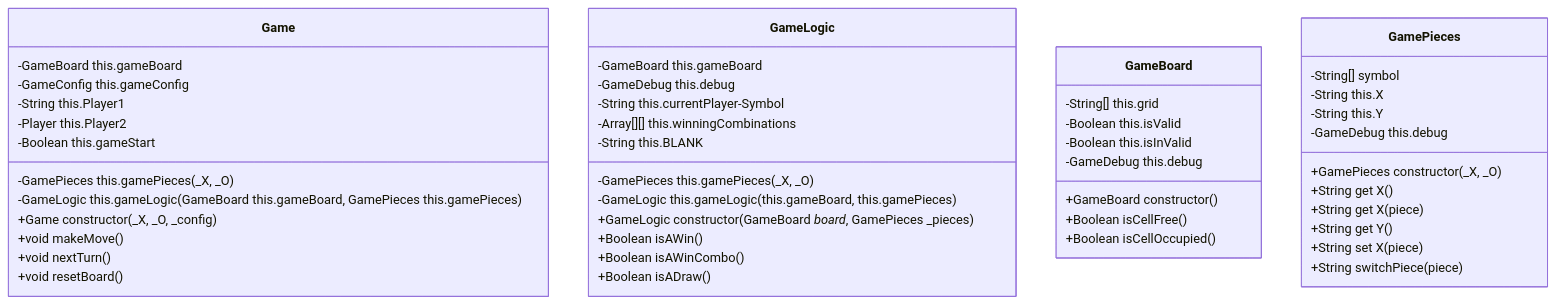
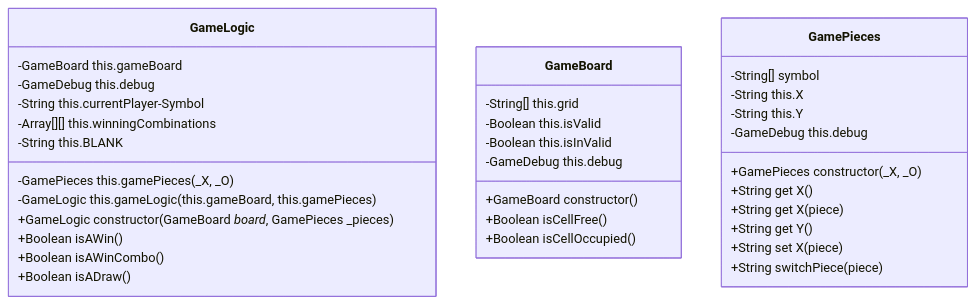
One commit to Code-Institute-Submissions/terni-lapilli--toe changed the sixth of 7 diagrams in README.md. Above: the diagram before and after it, drawn with Mermaid. The commit also changed other lines of this file and 1 other file, not shown here.

````diff
--- a/README.md
+++ b/README.md
@@ -319,50 +371,37 @@
 ```mermaid
 classDiagram
-    class Game {
-        -GameBoard this.gameBoard
-        -GamePieces this.gamePieces(_X, _O)
-        -GameLogic this.gameLogic(GameBoard this.gameBoard, GamePieces this.gamePieces)
-        -GameConfig this.gameConfig
-        -String this.Player1
-        -Player this.Player2
-        -Boolean this.gameStart
-        +Game constructor( _X, _O, _config)
-        +void makeMove()
-        +void nextTurn()
-        +void resetBoard()
-    }
     class GameLogic {
         -GameBoard this.gameBoard
         -GamePieces this.gamePieces(_X, _O)
         -GameLogic this.gameLogic(this.gameBoard, this.gamePieces)
         -GameDebug this.debug
         -String this.currentPlayer-Symbol
         -Array[][] this.winningCombinations
         -String this.BLANK
         +GameLogic constructor(GameBoard _board_, GamePieces _pieces)
         +Boolean isAWin()
         +Boolean isAWinCombo()
         +Boolean isADraw()
     }
     class GameBoard {
         -String[] this.grid
         -Boolean this.isValid
         -Boolean this.isInValid
         -GameDebug this.debug
         +GameBoard constructor()
         +Boolean isCellFree()
         +Boolean isCellOccupied()
     }
     class GamePieces {
         -String[] symbol
         -String this.X
         -String this.Y
         -GameDebug this.debug
         +GamePieces constructor(_X, _O)
         +String get X()
         +String get X(piece)
         +String get Y()
         +String set X(piece)
         +String switchPiece(piece)
     }
 ```
````
